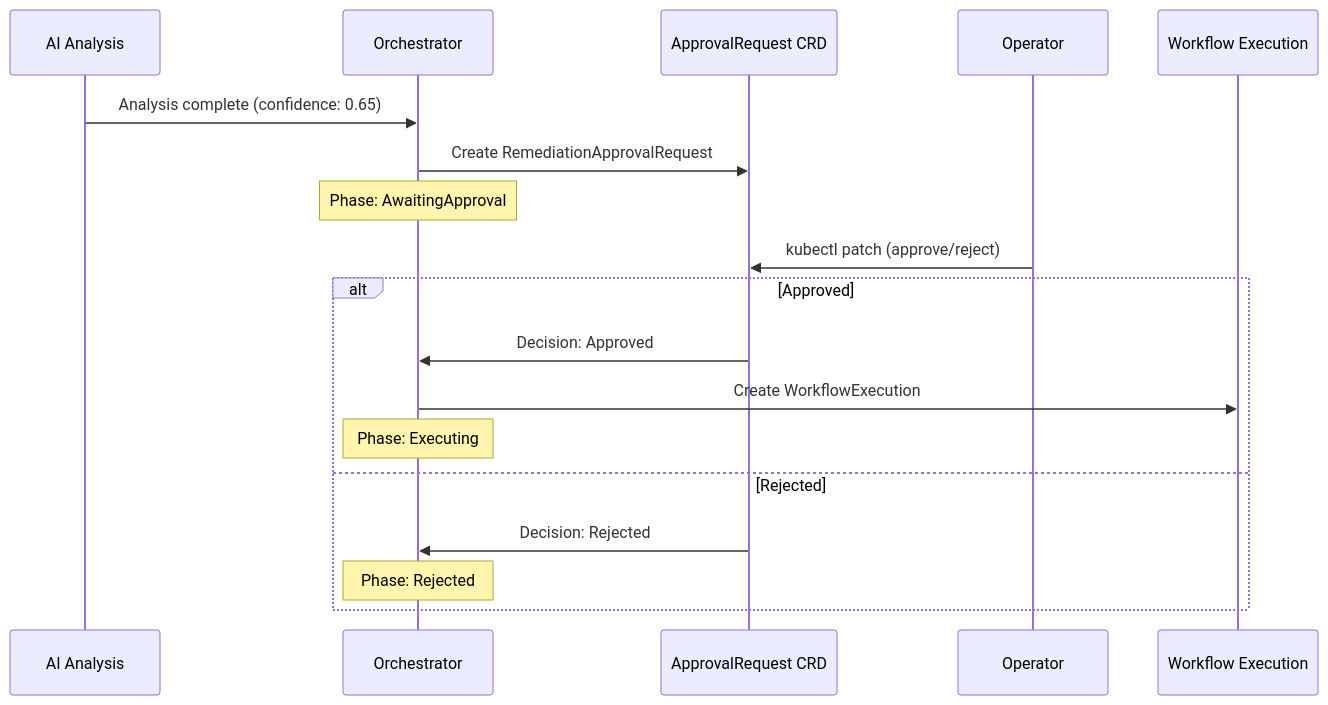
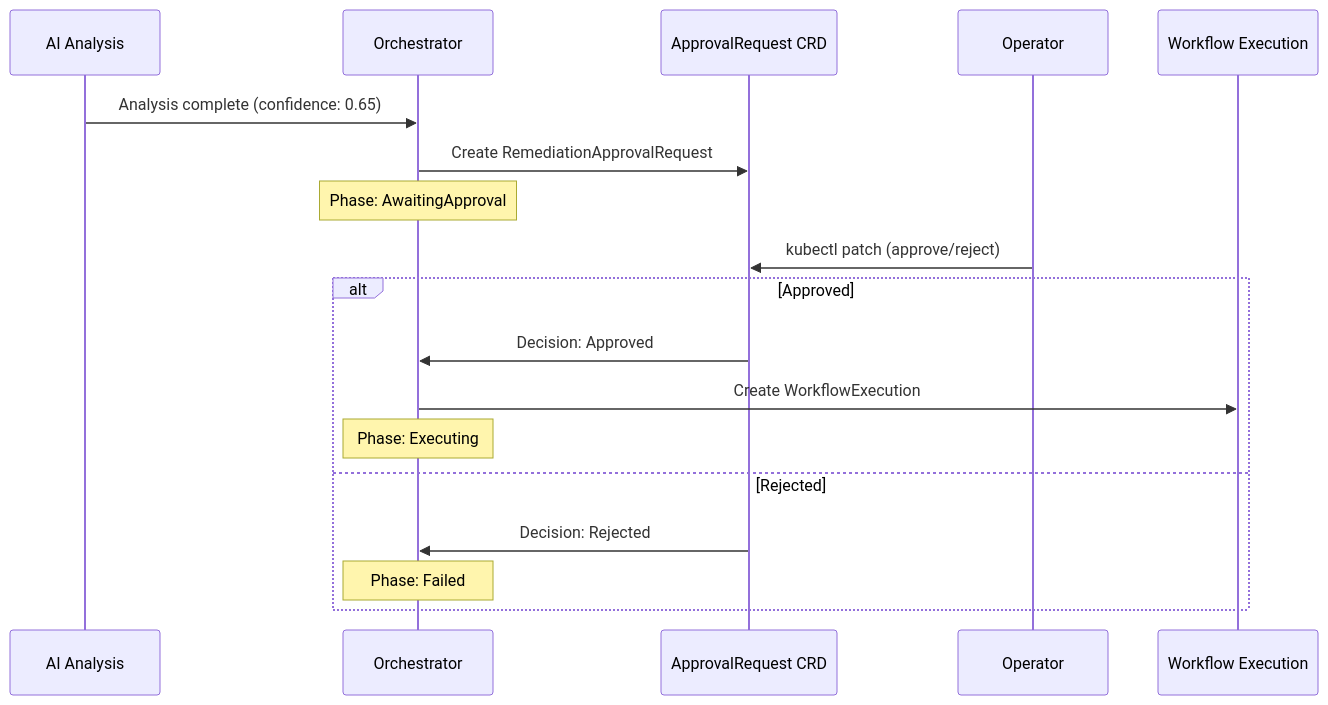
One commit to jordigilh/kubernaut-docs changed the diagram in docs/user-guide/approval.md. Above: the diagram before and after it, drawn with Mermaid. The commit also changed other lines of this file and 5 other files, not shown here.

````diff
--- a/docs/user-guide/approval.md
+++ b/docs/user-guide/approval.md
@@ -36,21 +36,21 @@
 ```mermaid
 sequenceDiagram
     participant AA as AI Analysis
     participant RO as Orchestrator
     participant RAR as ApprovalRequest CRD
     participant Human as Operator
     participant WE as Workflow Execution
 
     AA->>RO: Analysis complete (confidence: 0.65)
     RO->>RAR: Create RemediationApprovalRequest
     Note over RO: Phase: AwaitingApproval
     Human->>RAR: kubectl patch (approve/reject)
     alt Approved
         RAR->>RO: Decision: Approved
         RO->>WE: Create WorkflowExecution
         Note over RO: Phase: Executing
     else Rejected
         RAR->>RO: Decision: Rejected
-        Note over RO: Phase: Rejected
+        Note over RO: Phase: Failed
     end
 ```
````
